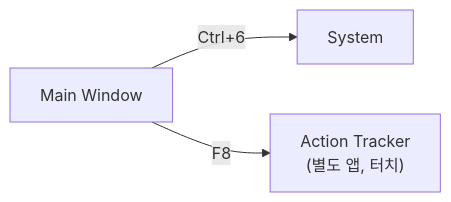
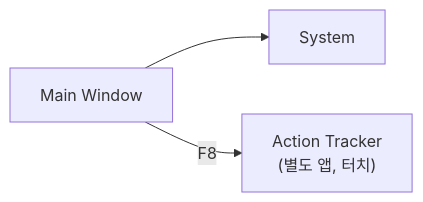
Before and after one commit to garimto81/ebs: diagram 11 of 14 in docs/01_PokerGFX_Analysis/PRD-0004-EBS-Server-UI-Design.md, drawn with Mermaid. The commit also changed other lines of this file, not shown here.

First line of the commit message:
docs(prd-0004): 탭 순서 재정의 및 Ctrl+ 단축키 제거 (v20.0.0)

````diff
--- a/docs/01_PokerGFX_Analysis/PRD-0004-EBS-Server-UI-Design.md
+++ b/docs/01_PokerGFX_Analysis/PRD-0004-EBS-Server-UI-Design.md
@@ -994,5 +1042,5 @@
 ```mermaid
 flowchart LR
-    MW["Main Window"] -->|"Ctrl+6"| SYS["System"]
+    MW["Main Window"] --> SYS["System"]
     MW -->|"F8"| AT["Action Tracker<br/>(별도 앱, 터치)"]
 ```
````
